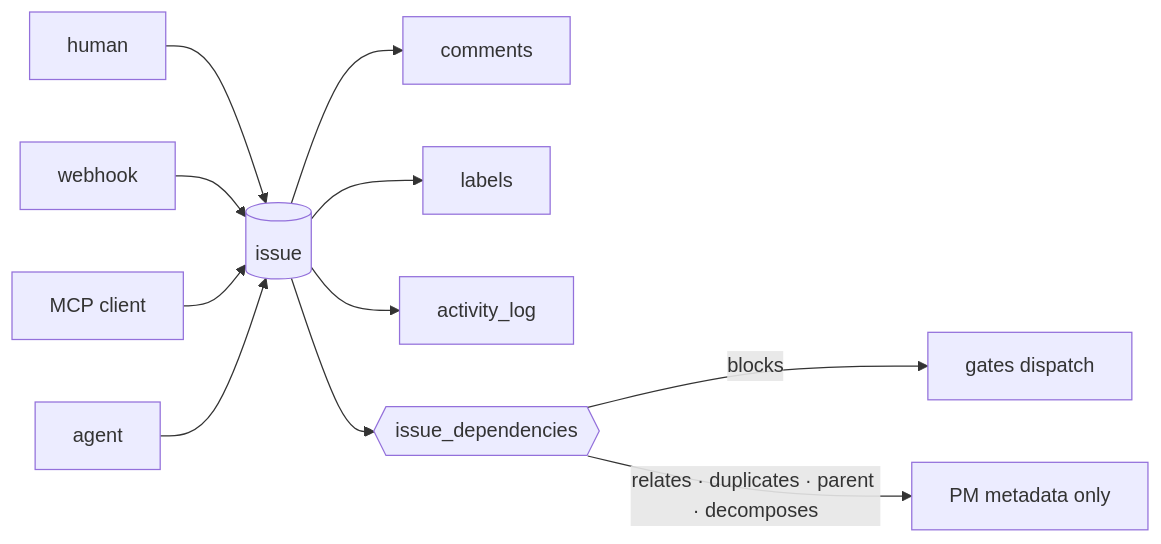
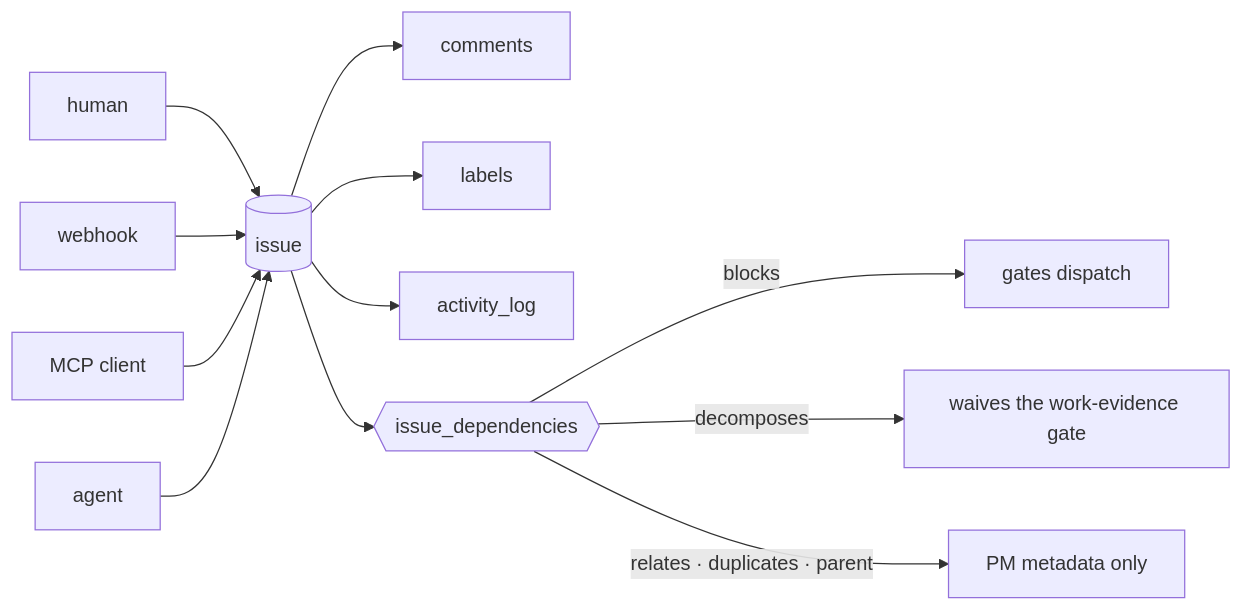
One commit to SidCorp-co/forge changed the diagram in docs/modules/issue-work/README.md. Above: the diagram before and after it, drawn with Mermaid. The commit also changed other lines of this file and 13 other files, not shown here.

````diff
--- a/docs/modules/issue-work/README.md
+++ b/docs/modules/issue-work/README.md
@@ -6,13 +6,14 @@
 ```mermaid
 flowchart LR
   H[human] --> I
   W[webhook] --> I
   M[MCP client] --> I
   A[agent] --> I
   I[(issue)] --> C[comments]
   I --> L[labels]
   I --> AL[activity_log]
   I --> DEP{{issue_dependencies}}
   DEP -->|blocks| G[gates dispatch]
-  DEP -->|relates · duplicates · parent · decomposes| MET[PM metadata only]
+  DEP -->|decomposes| WE[waives the work-evidence gate]
+  DEP -->|relates · duplicates · parent| MET[PM metadata only]
 ```
````
